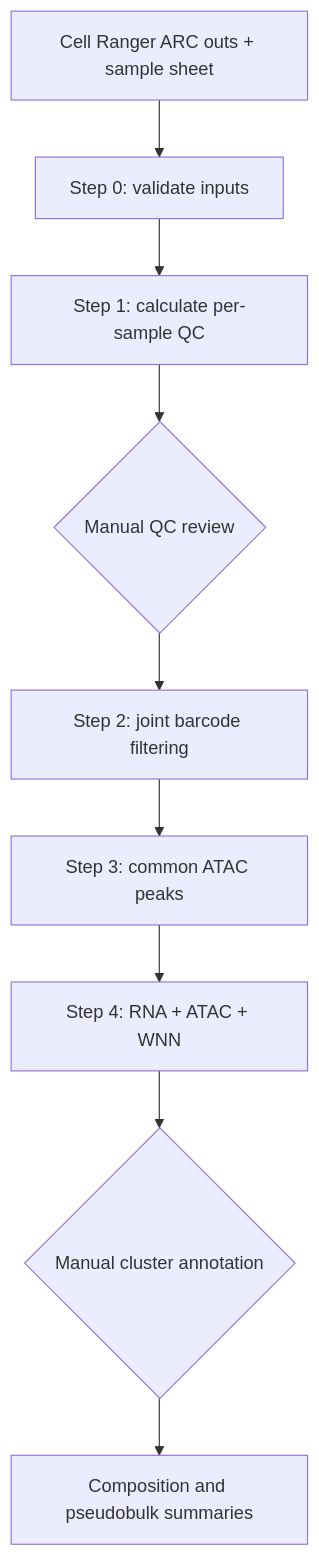
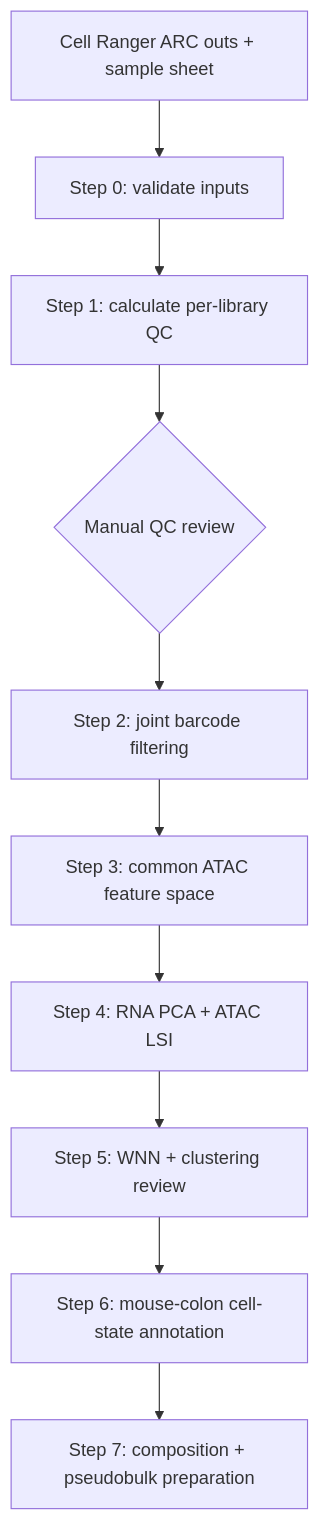
The diagram in docs/WORKFLOW_AND_CHECKPOINTS.md (ziasimermod/multiome_scRNA-ATAC), drawn with Mermaid before and after one commit. The commit also changed other lines of this file and 2 other files, not shown here.

Commit message:
Sync workflow documentation through Step 5

````diff
--- a/docs/WORKFLOW_AND_CHECKPOINTS.md
+++ b/docs/WORKFLOW_AND_CHECKPOINTS.md
@@ -5,11 +5,12 @@
 ```mermaid
 flowchart TD
     A["Cell Ranger ARC outs + sample sheet"] --> B["Step 0: validate inputs"]
-    B --> C["Step 1: calculate per-sample QC"]
+    B --> C["Step 1: calculate per-library QC"]
     C --> D{"Manual QC review"}
     D --> E["Step 2: joint barcode filtering"]
-    E --> F["Step 3: common ATAC peaks"]
-    F --> G["Step 4: RNA + ATAC + WNN"]
-    G --> H{"Manual cluster annotation"}
-    H --> I["Composition and pseudobulk summaries"]
+    E --> F["Step 3: common ATAC feature space"]
+    F --> G["Step 4: RNA PCA + ATAC LSI"]
+    G --> H["Step 5: WNN + clustering review"]
+    H --> I["Step 6: mouse-colon cell-state annotation"]
+    I --> J["Step 7: composition + pseudobulk preparation"]
 ```
````
